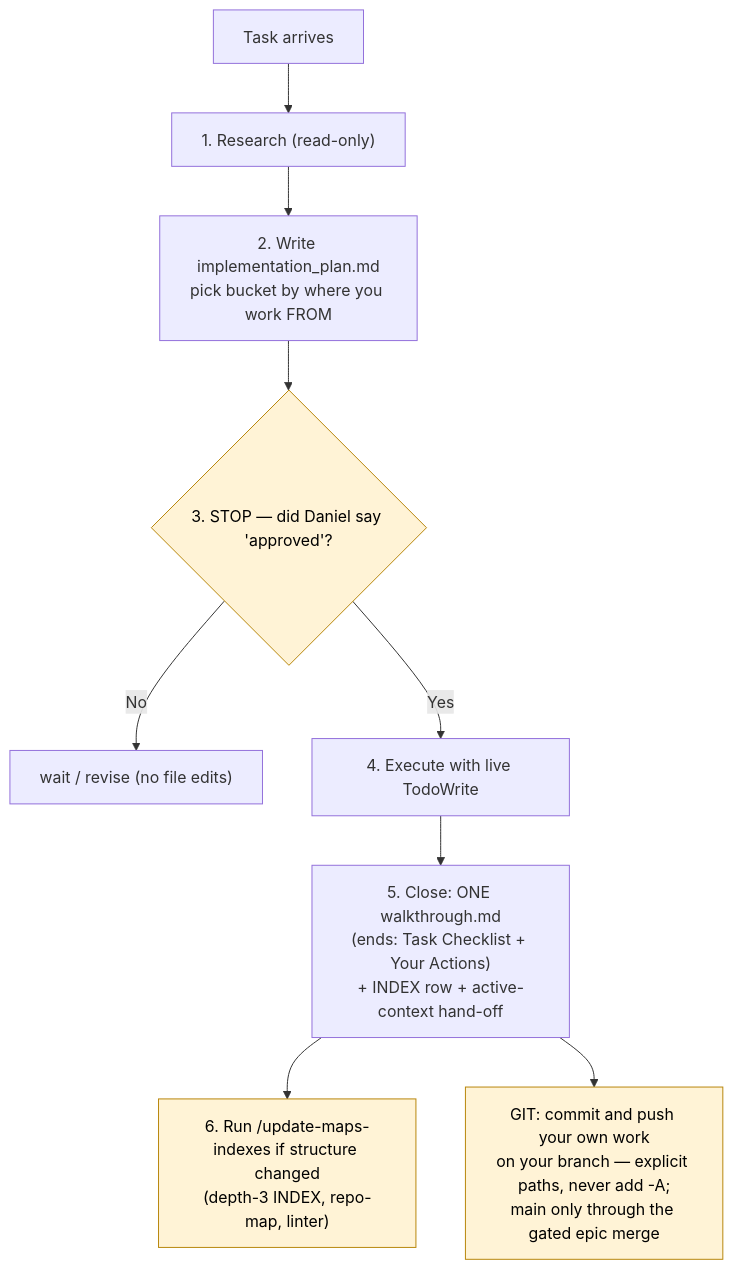
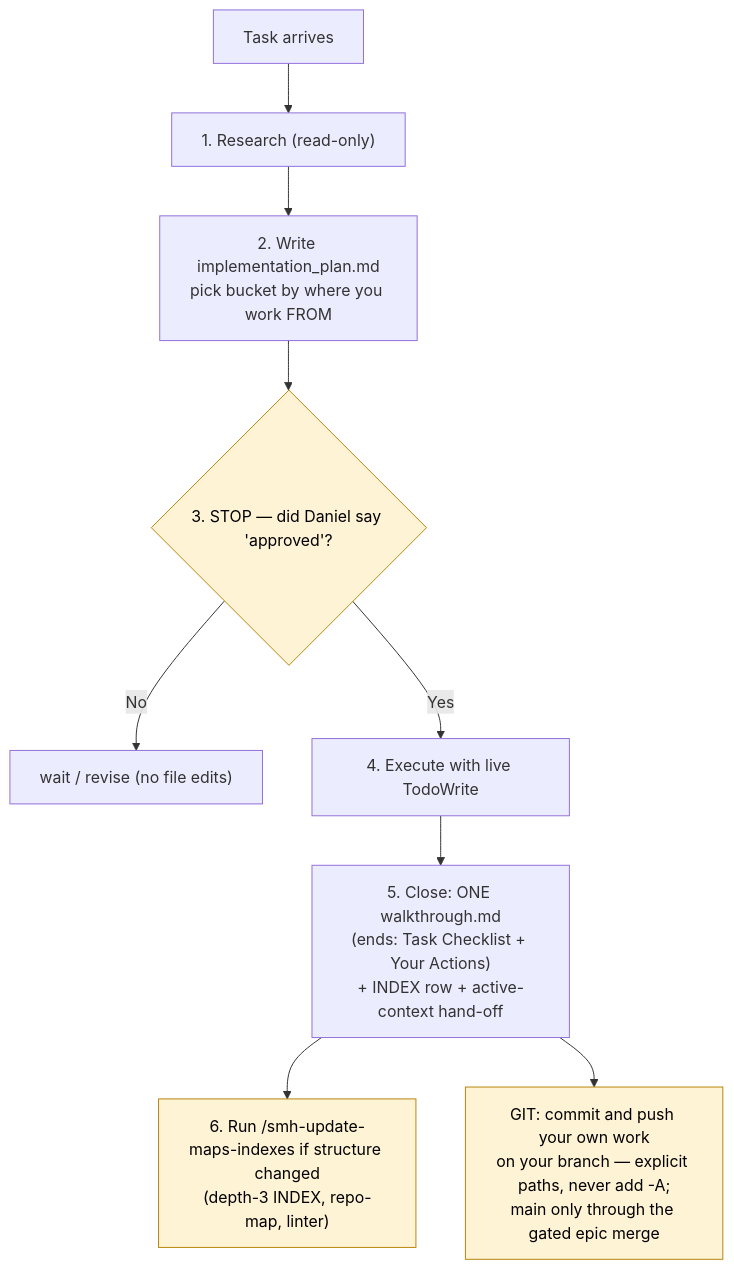
Before and after one commit to sudomadhatter/Sudo_Hatter_Command: the third of 6 diagrams in _my_resources/diagrams_guides/system/file_folder_structure+maintaining.md, drawn with Mermaid. The commit also changed other lines of this file and 402 other files, not shown here.

````diff
--- a/_my_resources/diagrams_guides/system/file_folder_structure+maintaining.md
+++ b/_my_resources/diagrams_guides/system/file_folder_structure+maintaining.md
@@ -120,14 +120,14 @@
 ```mermaid
 flowchart TD
     REQ["Task arrives"] --> RES["1. Research (read-only)"]
     RES --> PW["2. Write implementation_plan.md\npick bucket by where you work FROM"]
     PW --> GATE{"3. STOP — did Daniel say 'approved'?"}
     GATE -- "No" --> WAIT["wait / revise (no file edits)"]
     GATE -- "Yes" --> EX["4. Execute with live TodoWrite"]
     EX --> CL["5. Close: ONE walkthrough.md\n(ends: Task Checklist + Your Actions)\n+ INDEX row + active-context hand-off"]
-    CL --> MAPS["6. Run /update-maps-indexes if structure changed\n(depth-3 INDEX, repo-map, linter)"]
+    CL --> MAPS["6. Run /smh-update-maps-indexes if structure changed\n(depth-3 INDEX, repo-map, linter)"]
     CL --> GIT["GIT: commit and push your own work\non your branch — explicit paths, never add -A;\nmain only through the gated epic merge"]
 
     classDef gate fill:#fff3d6,stroke:#b8860b,color:#000
     class GATE,GIT,MAPS gate
 ```
````
